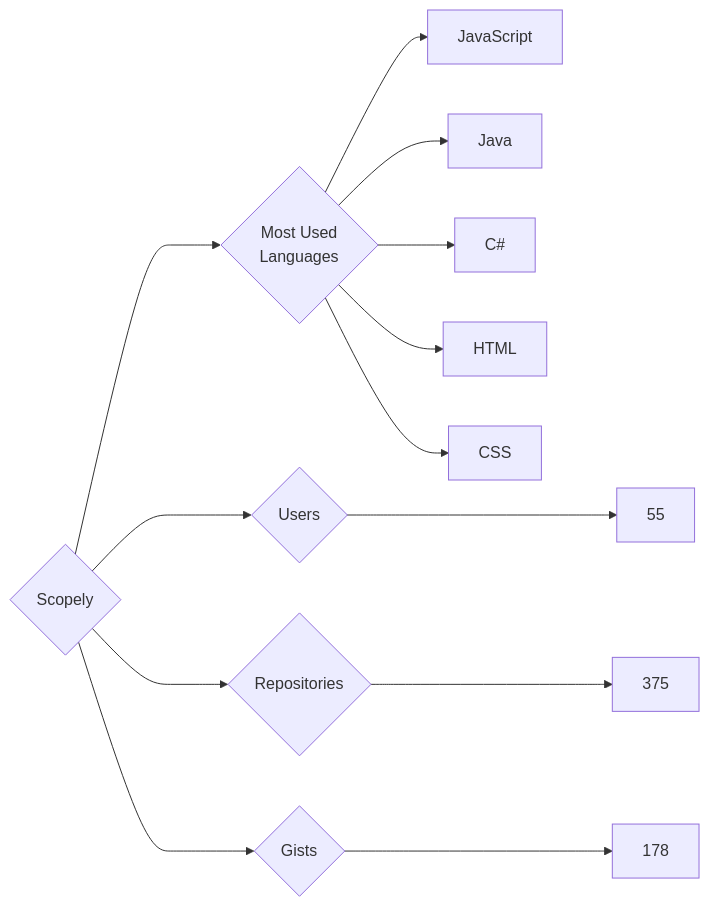
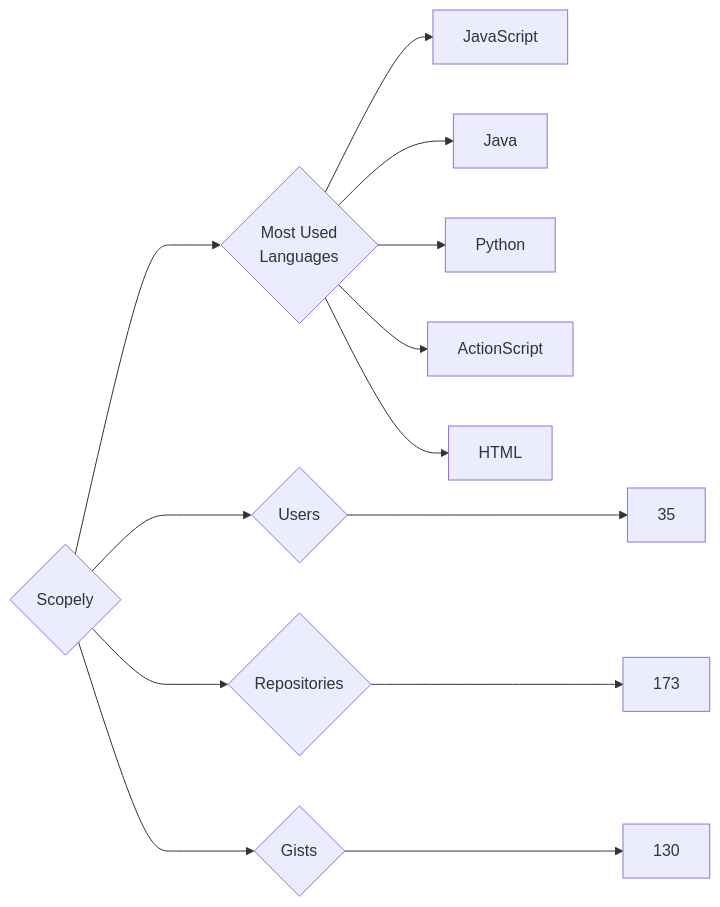
The diagram in targets/Scopely/README.md (trickest/insiders), drawn with Mermaid before and after one commit. The commit also changed 871 other files, not shown here.

````diff
--- a/targets/Scopely/README.md
+++ b/targets/Scopely/README.md
@@ -3,13 +3,13 @@
 ```mermaid
 graph LR
 COMPANY_NAME{Scopely}
-COMPANY_NAME ---> U{Users} ---> UN[55]
-COMPANY_NAME ---> R{Repositories} ---> RN[375]
-COMPANY_NAME ---> G{Gists} ---> GN[178]
+COMPANY_NAME ---> U{Users} ---> UN[35]
+COMPANY_NAME ---> R{Repositories} ---> RN[173]
+COMPANY_NAME ---> G{Gists} ---> GN[130]
 COMPANY_NAME ---> ML{Most Used<br>Languages}
 ML --> JavaScript[JavaScript]
 ML --> Java[Java]
-ML --> C#[C#]
+ML --> Python[Python]
+ML --> ActionScript[ActionScript]
 ML --> HTML[HTML]
-ML --> CSS[CSS]
 ```
````
